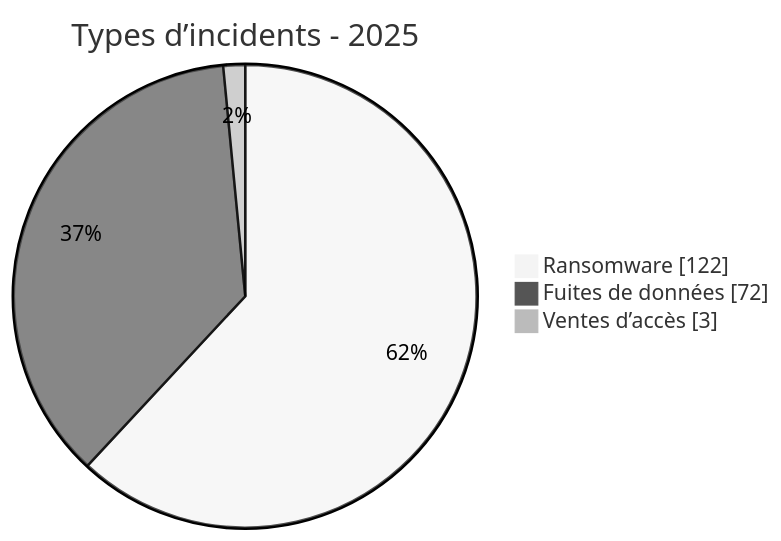
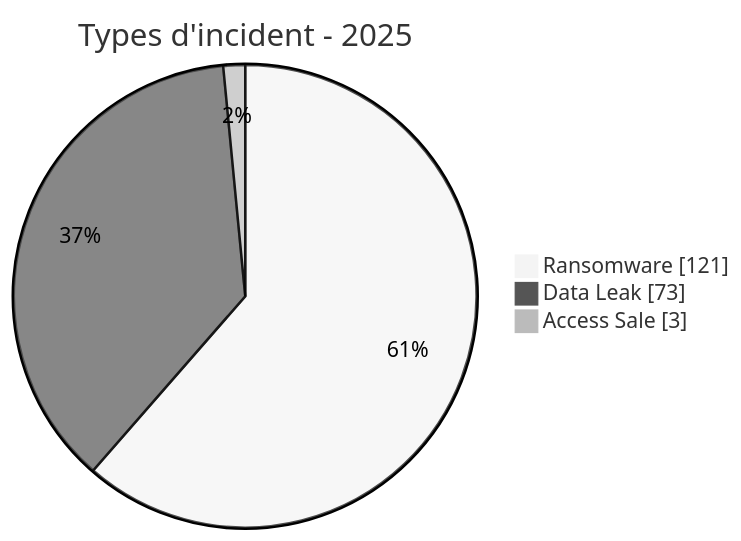
One commit to Hatchepsoute/AFRINTEL changed the third of 5 diagrams in CyberAttackAfrica/2025/README_FR.md. Above: the diagram before and after it, drawn with Mermaid (neutral theme). The commit also changed other lines of this file and 35 other files, not shown here.

````diff
--- a/CyberAttackAfrica/2025/README_FR.md
+++ b/CyberAttackAfrica/2025/README_FR.md
@@ -85,7 +173,7 @@
 ```mermaid
 pie showData
-    title Types d’incidents - 2025
-    "Ransomware" : 122
-    "Fuites de données" : 72
-    "Ventes d’accès" : 3
+    title Types d'incident - 2025
+    "Ransomware" : 121
+    "Data Leak" : 73
+    "Access Sale" : 3
 ```
````
